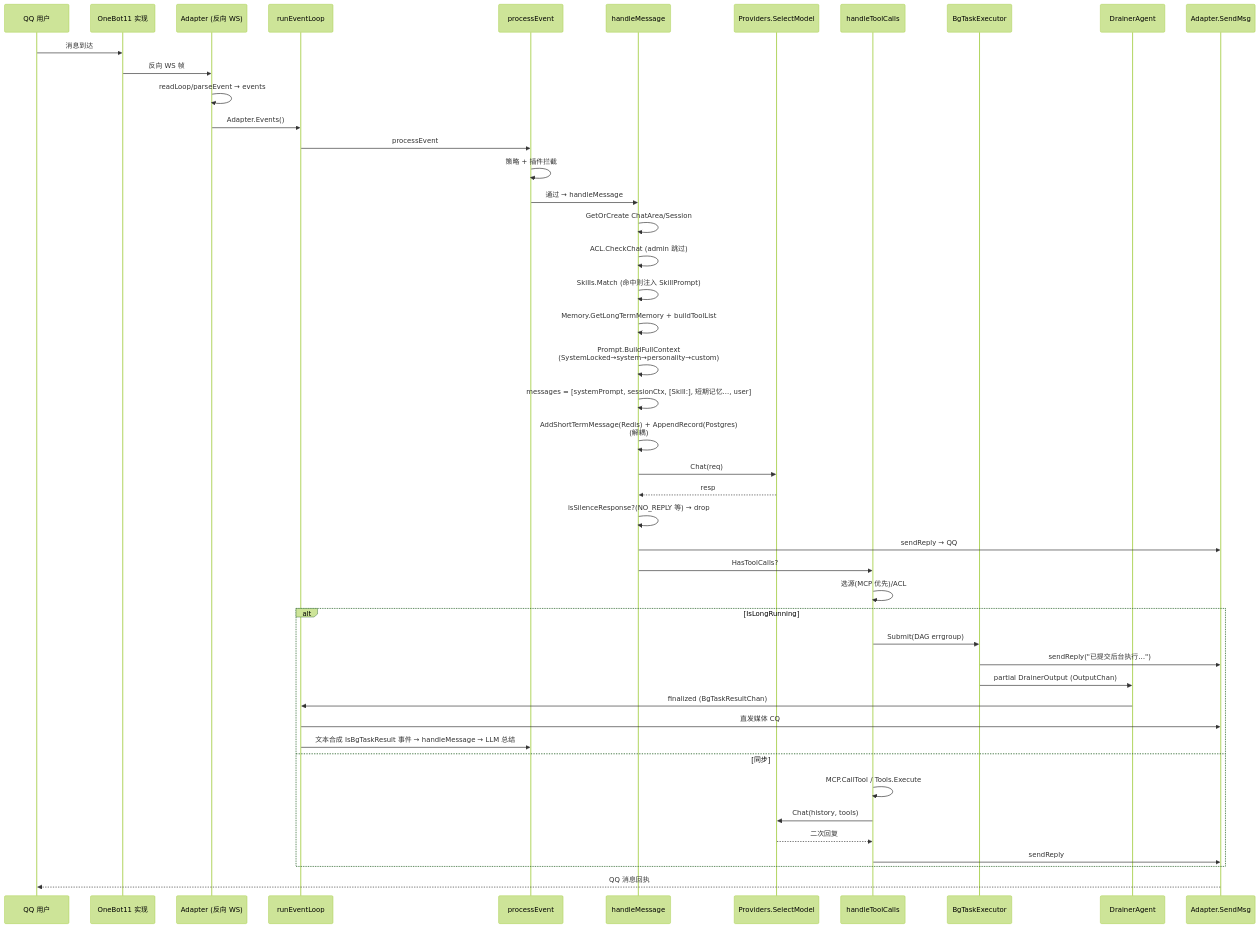
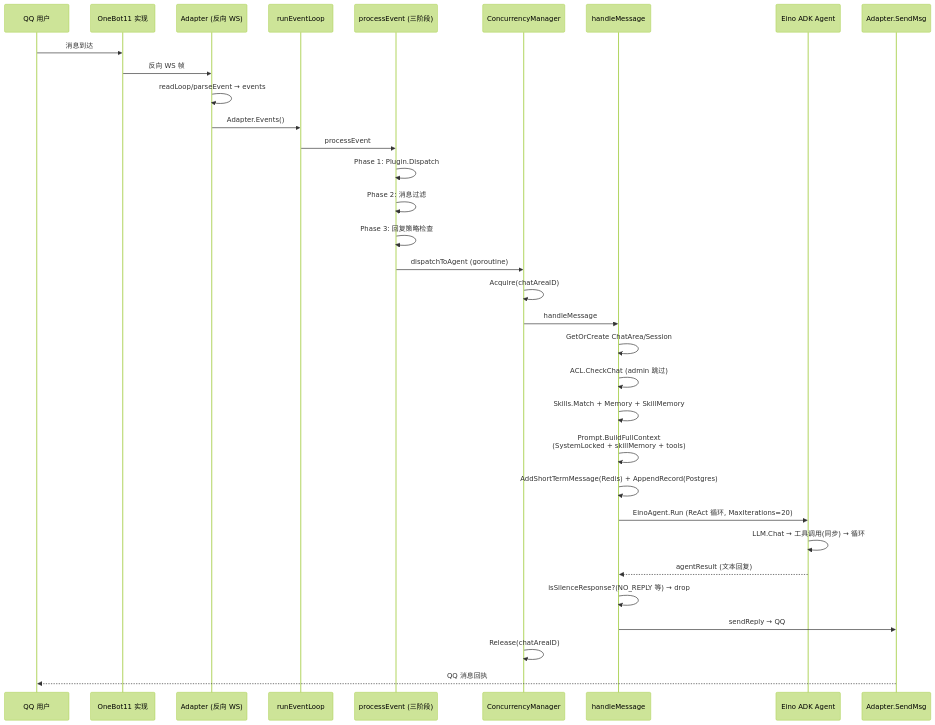
Before and after one commit to JuanNiangDev/JuanNiang-Neo: the eighth of 14 diagrams in docs/project-details.md, drawn with Mermaid (forest theme). The commit also changed other lines of this file, not shown here.

````diff
--- a/docs/project-details.md
+++ b/docs/project-details.md
@@ -506,49 +505,36 @@
 ```mermaid
 sequenceDiagram
   participant U as QQ 用户
   participant OB as OneBot11 实现
   participant AD as Adapter (反向 WS)
   participant EL as runEventLoop
-  participant PE as processEvent
+  participant PE as processEvent (三阶段)
+  participant CM as ConcurrencyManager
   participant HM as handleMessage
-  participant LLM as Providers.SelectModel
-  participant TC as handleToolCalls
-  participant BG as BgTaskExecutor
-  participant DR as DrainerAgent
+  participant EA as Eino ADK Agent
   participant QQ as Adapter.SendMsg
 
   U->>OB: 消息到达
   OB->>AD: 反向 WS 帧
   AD->>AD: readLoop/parseEvent → events
   AD->>EL: Adapter.Events()
   EL->>PE: processEvent
-  PE->>PE: 策略 + 插件拦截
-  PE->>HM: 通过 → handleMessage
+  PE->>PE: Phase 1: Plugin.Dispatch
+  PE->>PE: Phase 2: 消息过滤
+  PE->>PE: Phase 3: 回复策略检查
+  PE->>CM: dispatchToAgent (goroutine)
+  CM->>CM: Acquire(chatAreaID)
+  CM->>HM: handleMessage
   HM->>HM: GetOrCreate ChatArea/Session
   HM->>HM: ACL.CheckChat (admin 跳过)
-  HM->>HM: Skills.Match (命中则注入 SkillPrompt)
-  HM->>HM: Memory.GetLongTermMemory + buildToolList
-  HM->>HM: Prompt.BuildFullContext<br/>(SystemLocked→system→personality→custom)
-  HM->>HM: messages = [systemPrompt, sessionCtx, [Skill:], 短期记忆..., user]
-  HM->>HM: AddShortTermMessage(Redis) + AppendRecord(Postgres)<br/>(解耦)
-  HM->>LLM: Chat(req)
-  LLM-->>HM: resp
+  HM->>HM: Skills.Match + Memory + SkillMemory
+  HM->>HM: Prompt.BuildFullContext<br/>(SystemLocked + skillMemory + tools)
+  HM->>HM: AddShortTermMessage(Redis) + AppendRecord(Postgres)
+  HM->>EA: EinoAgent.Run (ReAct 循环, MaxIterations=20)
+  EA->>EA: LLM.Chat → 工具调用(同步) → 循环
+  EA-->>HM: agentResult (文本回复)
   HM->>HM: isSilenceResponse?(NO_REPLY 等) → drop
   HM->>QQ: sendReply → QQ
-  HM->>TC: HasToolCalls?
-  TC->>TC: 选源(MCP 优先)/ACL
-  alt IsLongRunning
-    TC->>BG: Submit(DAG errgroup)
-    BG->>QQ: sendReply("已提交后台执行…")
-    BG->>DR: partial DrainerOutput (OutputChan)
-    DR->>EL: finalized (BgTaskResultChan)
-    EL->>QQ: 直发媒体 CQ
-    EL->>PE: 文本合成 IsBgTaskResult 事件 → handleMessage → LLM 总结
-  else 同步
-    TC->>TC: MCP.CallTool / Tools.Execute
-    TC->>LLM: Chat(history, tools)
-    LLM-->>TC: 二次回复
-    TC->>QQ: sendReply
-  end
+  CM->>CM: Release(chatAreaID)
   QQ-->>U: QQ 消息回执
 ```
````
